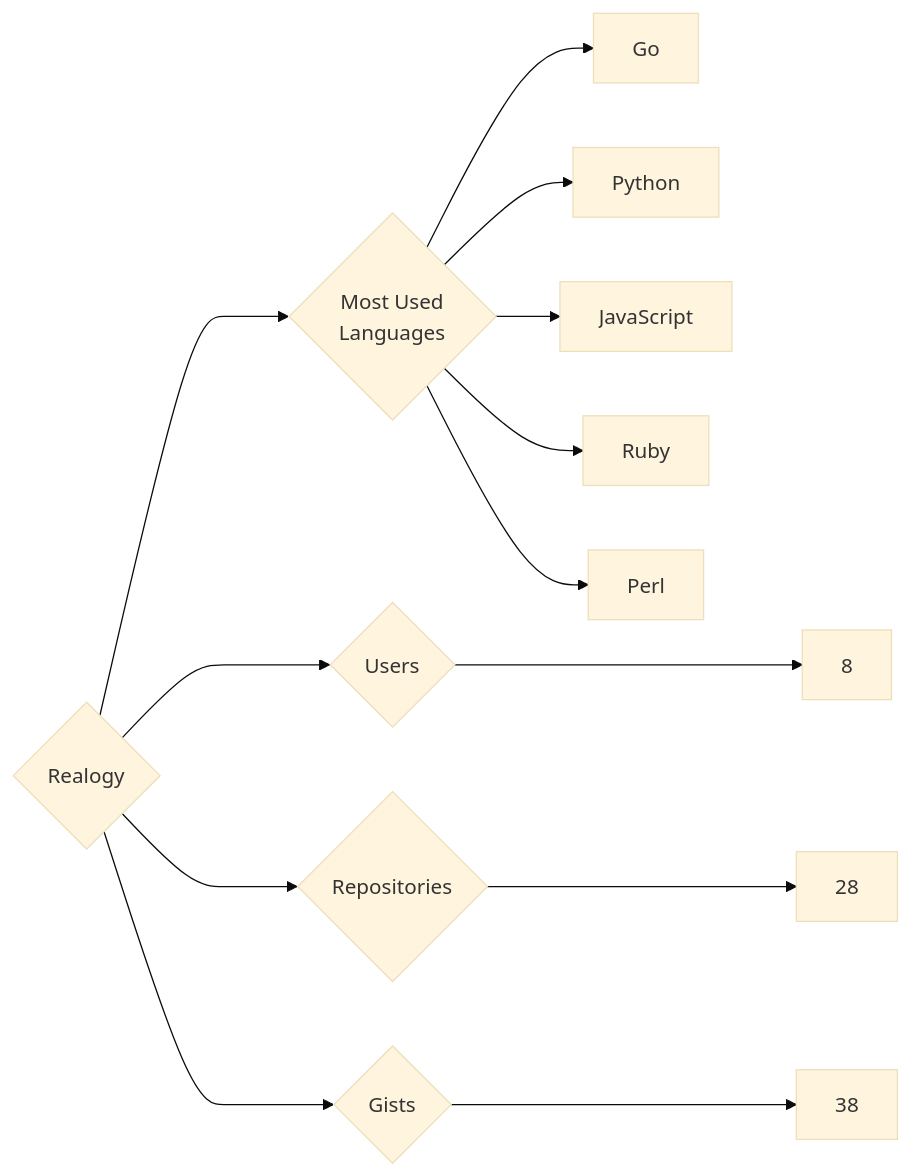
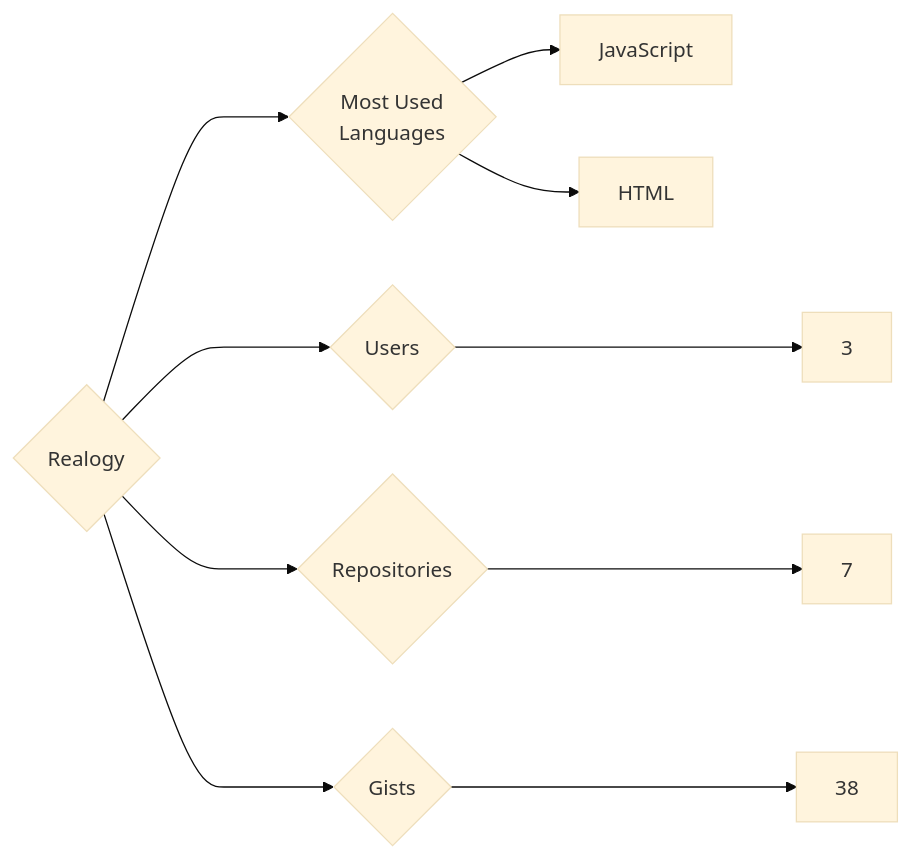
The diagram in targets/Realogy/README.md (trickest/insiders), drawn with Mermaid (base theme) before and after one commit. The commit also changed 1248 other files, not shown here.

````diff
--- a/targets/Realogy/README.md
+++ b/targets/Realogy/README.md
@@ -3,13 +3,10 @@
 ```mermaid
 graph LR
 COMPANY_NAME{Realogy}
-COMPANY_NAME ---> U{Users} ---> UN[8]
-COMPANY_NAME ---> R{Repositories} ---> RN[28]
+COMPANY_NAME ---> U{Users} ---> UN[3]
+COMPANY_NAME ---> R{Repositories} ---> RN[7]
 COMPANY_NAME ---> G{Gists} ---> GN[38]
 COMPANY_NAME ---> ML{Most Used<br>Languages}
-ML --> Go[Go]
-ML --> Python[Python]
 ML --> JavaScript[JavaScript]
-ML --> Ruby[Ruby]
-ML --> Perl[Perl]
+ML --> HTML[HTML]
 ```
````
